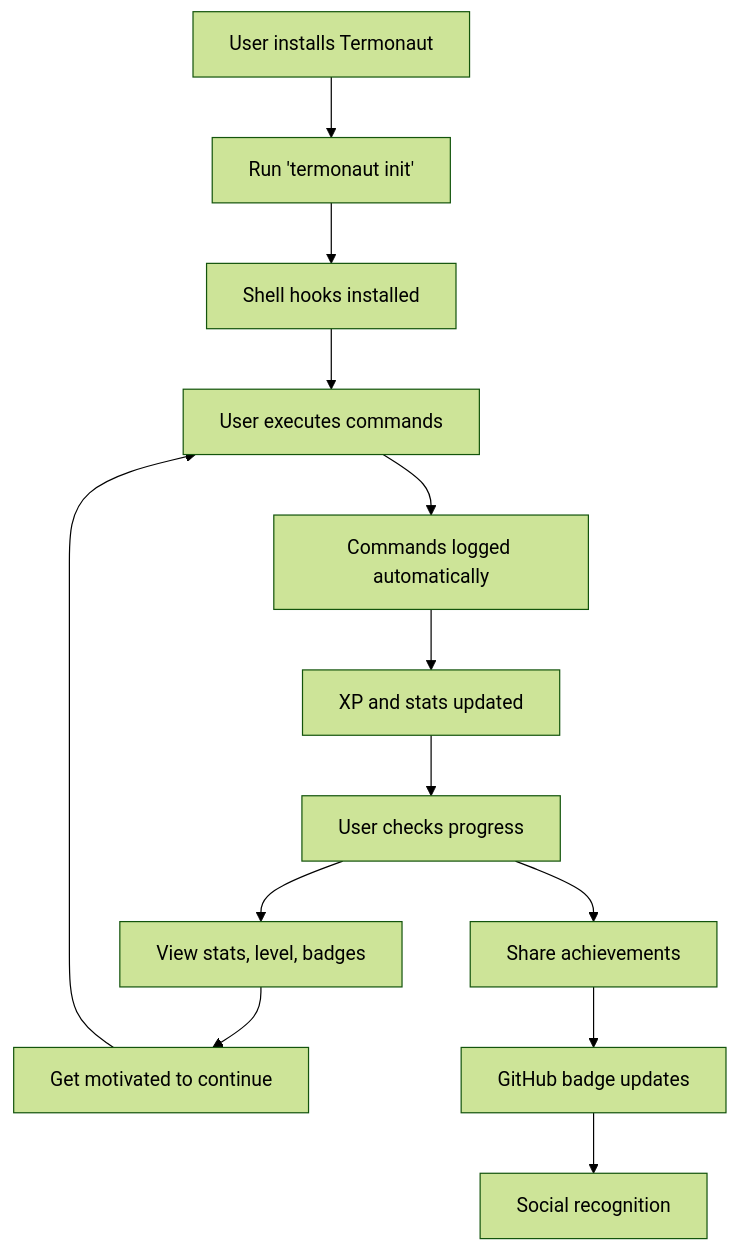
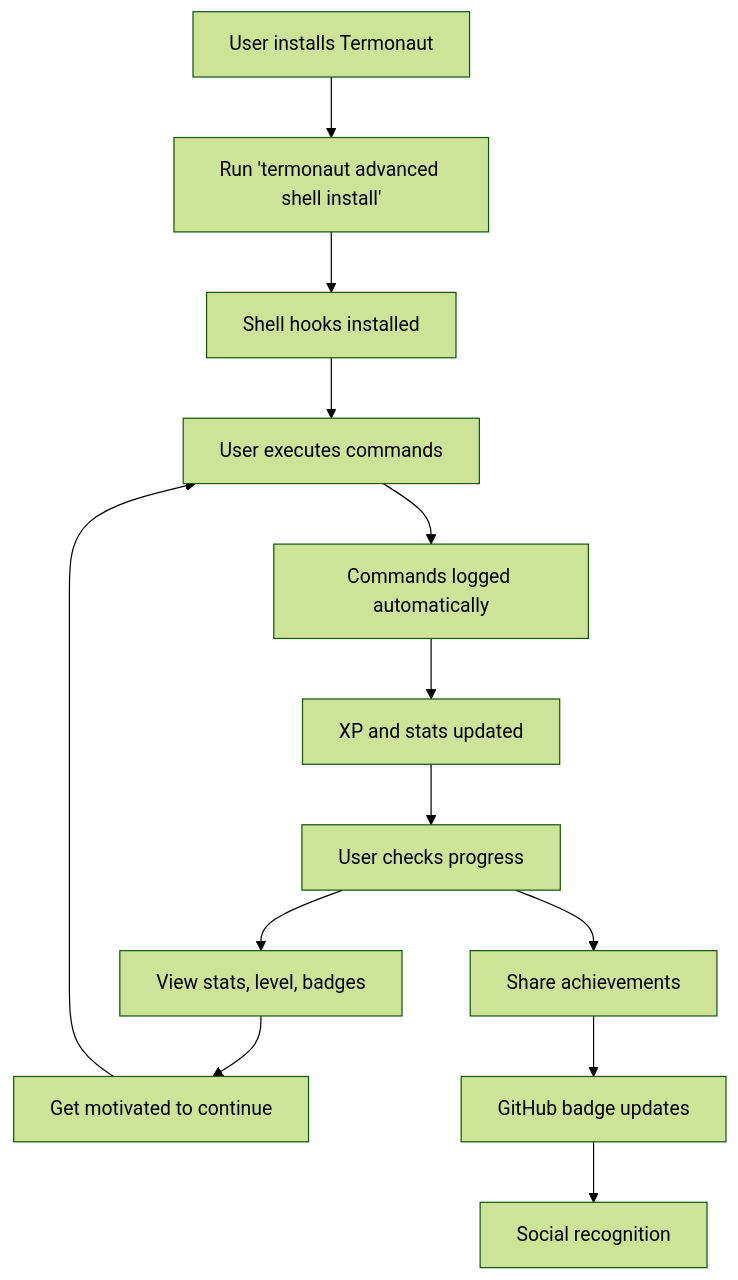
One commit to oiahoon/termonaut changed the diagram in docs/PROJECT_OVERVIEW.md. Above: the diagram before and after it, drawn with Mermaid (forest theme). The commit also changed 13 other files, not shown here.

Commit message:
🔧 项目完整性优化：添加关键配置文件和用户体验改进 - 添加 .gitignore 文件（Go项目完整配置） - 添加 MIT LICENSE 文件 - 创建详细的快速启动指南（docs/QUICK_START.md） - 添加安装验证脚本（scripts/verify-install.sh） - 修复文档中的命令不一致问题 - 更新安装脚本使用正确的 shell 安装命令 - 创建项目完整性评估报告 - 优化用户从安装到使用的完整体验流程

````diff
--- a/docs/PROJECT_OVERVIEW.md
+++ b/docs/PROJECT_OVERVIEW.md
@@ -83,16 +83,16 @@
 ```mermaid
 graph TD
-    A[User installs Termonaut] --> B[Run 'termonaut init']
+    A[User installs Termonaut] --> B[Run 'termonaut advanced shell install']
     B --> C[Shell hooks installed]
     C --> D[User executes commands]
     D --> E[Commands logged automatically]
     E --> F[XP and stats updated]
     F --> G[User checks progress]
     G --> H[View stats, level, badges]
     H --> I[Get motivated to continue]
     I --> D
 
     G --> J[Share achievements]
     J --> K[GitHub badge updates]
     K --> L[Social recognition]
 ```
````
